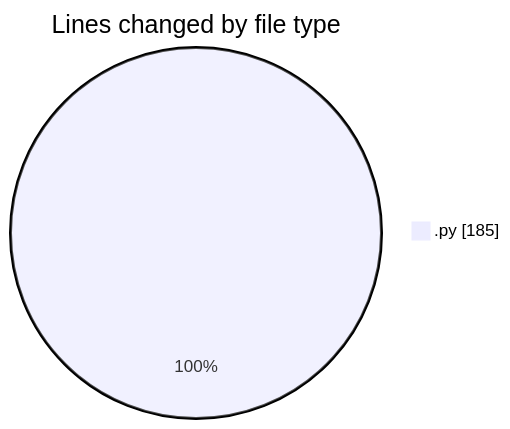
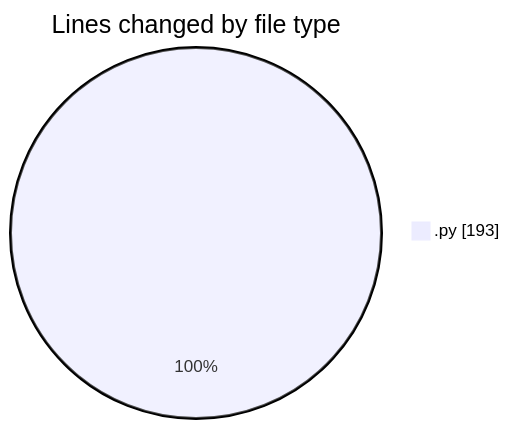
Before and after one commit to MatusMokan/code-tracking: the first of 2 diagrams in 2025-10-25/untitled__workspace_/README.md, drawn with Mermaid. The commit also changed other lines of this file and 1 other file, not shown here.

````diff
--- a/2025-10-25/untitled__workspace_/README.md
+++ b/2025-10-25/untitled__workspace_/README.md
@@ -20,5 +20,5 @@
 ```mermaid
 pie showData
 title Lines changed by file type
-".py" : 185
+".py" : 193
 ```
````
